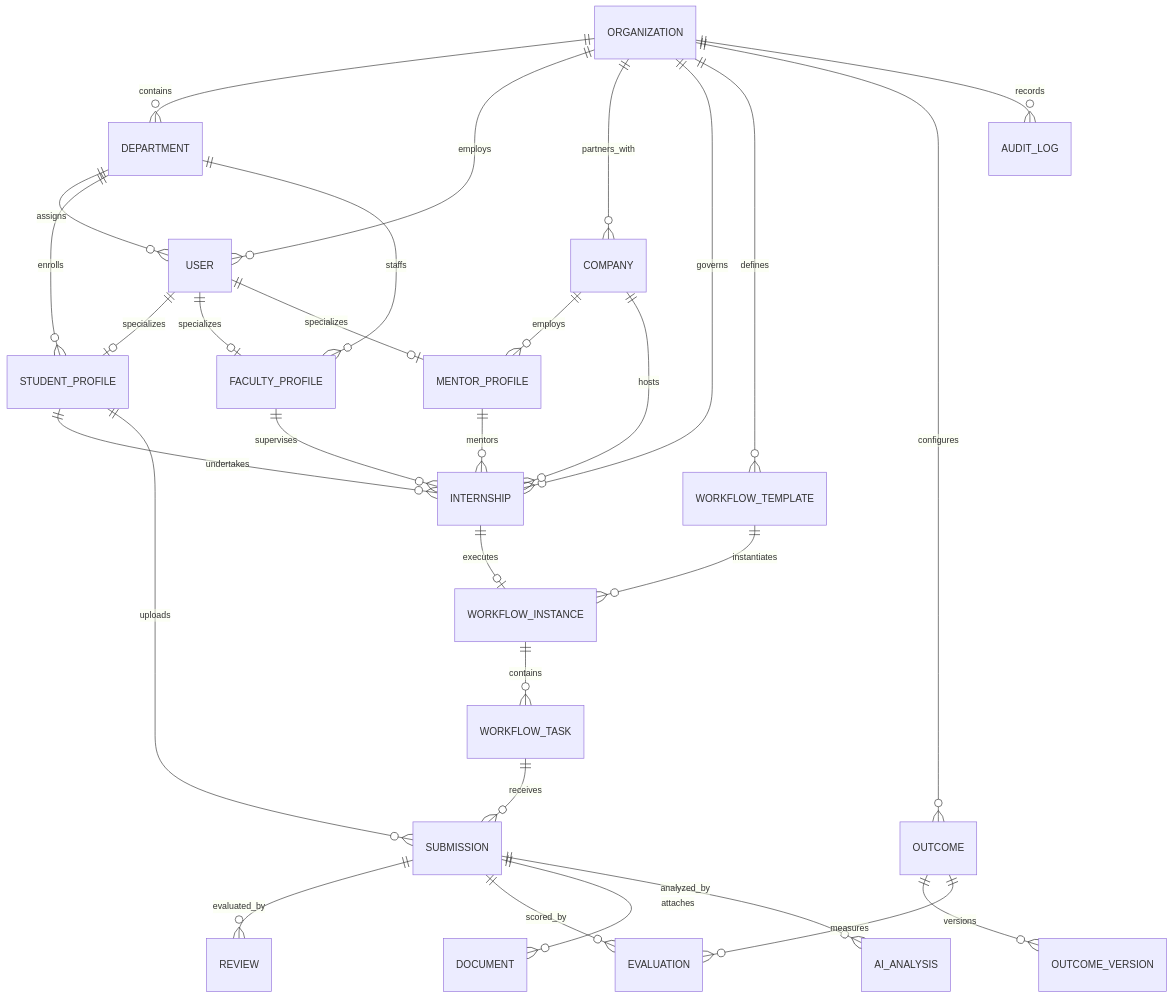
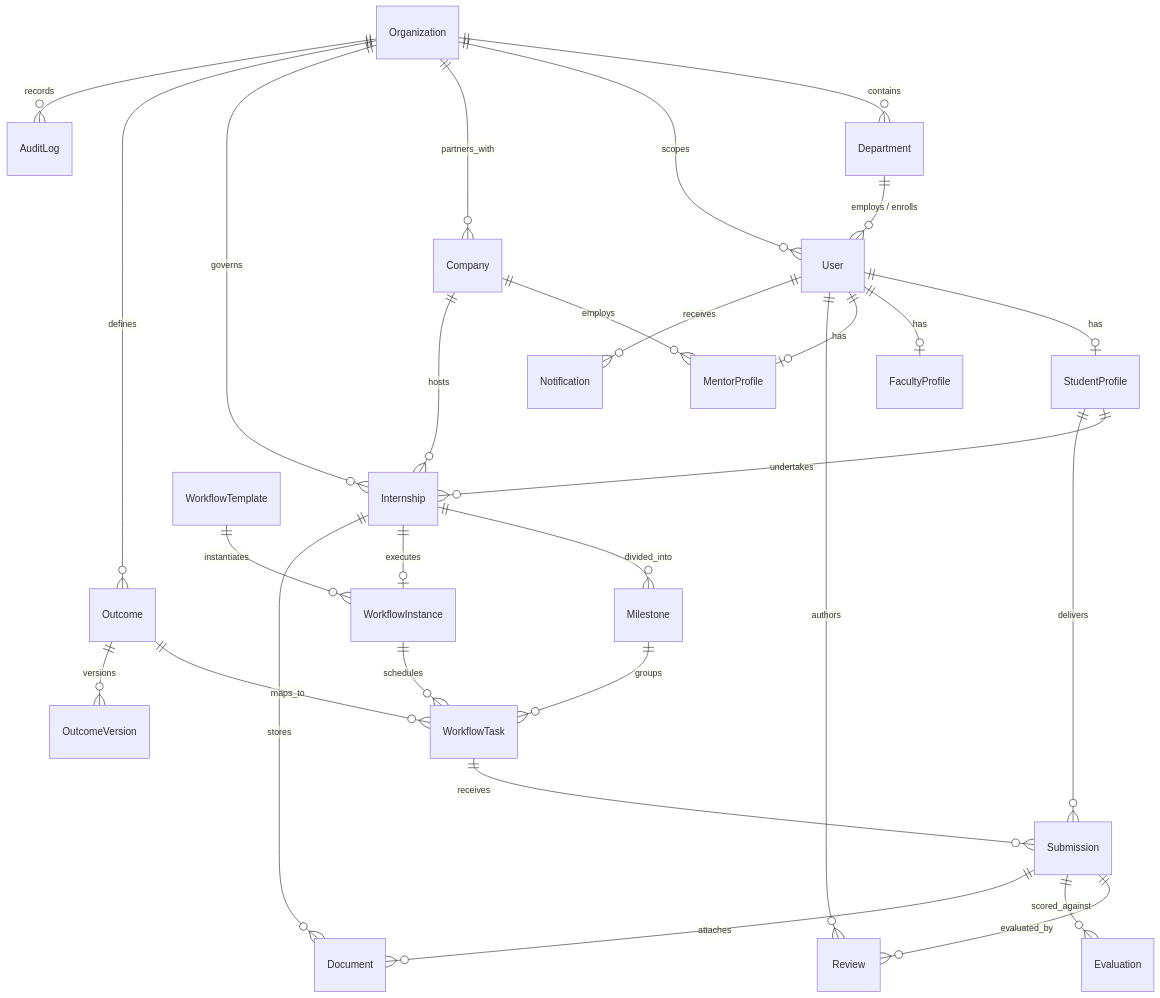
Before and after one commit to innocentgaming/Hack-2-Ignite-Move_37: the fourth of 4 diagrams in README.md, drawn with Mermaid. The commit also changed other lines of this file and 24 other files, not shown here.

````diff
--- a/README.md
+++ b/README.md
@@ -553,38 +399,40 @@
 ```mermaid
 erDiagram
-    ORGANIZATION ||--o{ DEPARTMENT : contains
-    ORGANIZATION ||--o{ USER : employs
-    ORGANIZATION ||--o{ COMPANY : partners_with
-    ORGANIZATION ||--o{ INTERNSHIP : governs
-    ORGANIZATION ||--o{ WORKFLOW_TEMPLATE : defines
-    ORGANIZATION ||--o{ OUTCOME : configures
-    ORGANIZATION ||--o{ AUDIT_LOG : records
+    Organization ||--o{ Department : "contains"
+    Organization ||--o{ User : "scopes"
+    Organization ||--o{ Company : "partners_with"
+    Organization ||--o{ Internship : "governs"
+    Organization ||--o{ Outcome : "defines"
+    Organization ||--o{ AuditLog : "records"
 
-    DEPARTMENT ||--o{ USER : assigns
-    DEPARTMENT ||--o{ STUDENT_PROFILE : enrolls
-    DEPARTMENT ||--o{ FACULTY_PROFILE : staffs
+    Department ||--o{ User : "employs / enrolls"
+    
+    User ||--o| StudentProfile : "has"
+    User ||--o| FacultyProfile : "has"
+    User ||--o| MentorProfile : "has"
 
-    USER ||--o| STUDENT_PROFILE : specializes
-    USER ||--o| FACULTY_PROFILE : specializes
-    USER ||--o| MENTOR_PROFILE : specializes
-    COMPANY ||--o{ MENTOR_PROFILE : employs
+    Company ||--o{ MentorProfile : "employs"
+    Company ||--o{ Internship : "hosts"
 
-    STUDENT_PROFILE ||--o{ INTERNSHIP : undertakes
-    COMPANY ||--o{ INTERNSHIP : hosts
-    FACULTY_PROFILE ||--o{ INTERNSHIP : supervises
-    MENTOR_PROFILE ||--o{ INTERNSHIP : mentors
+    StudentProfile ||--o{ Internship : "undertakes"
+    StudentProfile ||--o{ Submission : "delivers"
 
-    INTERNSHIP ||--o| WORKFLOW_INSTANCE : executes
-    WORKFLOW_TEMPLATE ||--o{ WORKFLOW_INSTANCE : instantiates
-    WORKFLOW_INSTANCE ||--o{ WORKFLOW_TASK : contains
+    Internship ||--o{ Milestone : "divided_into"
+    Internship ||--o| WorkflowInstance : "executes"
+    Internship ||--o{ Document : "stores"
 
-    WORKFLOW_TASK ||--o{ SUBMISSION : receives
-    STUDENT_PROFILE ||--o{ SUBMISSION : uploads
-    SUBMISSION ||--o{ REVIEW : evaluated_by
-    SUBMISSION ||--o{ EVALUATION : scored_by
-    SUBMISSION ||--o{ DOCUMENT : attaches
-    SUBMISSION ||--o{ AI_ANALYSIS : analyzed_by
+    WorkflowTemplate ||--o{ WorkflowInstance : "instantiates"
+    WorkflowInstance ||--o{ WorkflowTask : "schedules"
+    
+    Milestone ||--o{ WorkflowTask : "groups"
+    Outcome ||--o{ WorkflowTask : "maps_to"
+    Outcome ||--o{ OutcomeVersion : "versions"
 
-    OUTCOME ||--o{ OUTCOME_VERSION : versions
-    OUTCOME ||--o{ EVALUATION : measures
+    WorkflowTask ||--o{ Submission : "receives"
+    Submission ||--o{ Review : "evaluated_by"
+    Submission ||--o{ Evaluation : "scored_against"
+    Submission ||--o{ Document : "attaches"
+
+    User ||--o{ Review : "authors"
+    User ||--o{ Notification : "receives"
 ```
````
